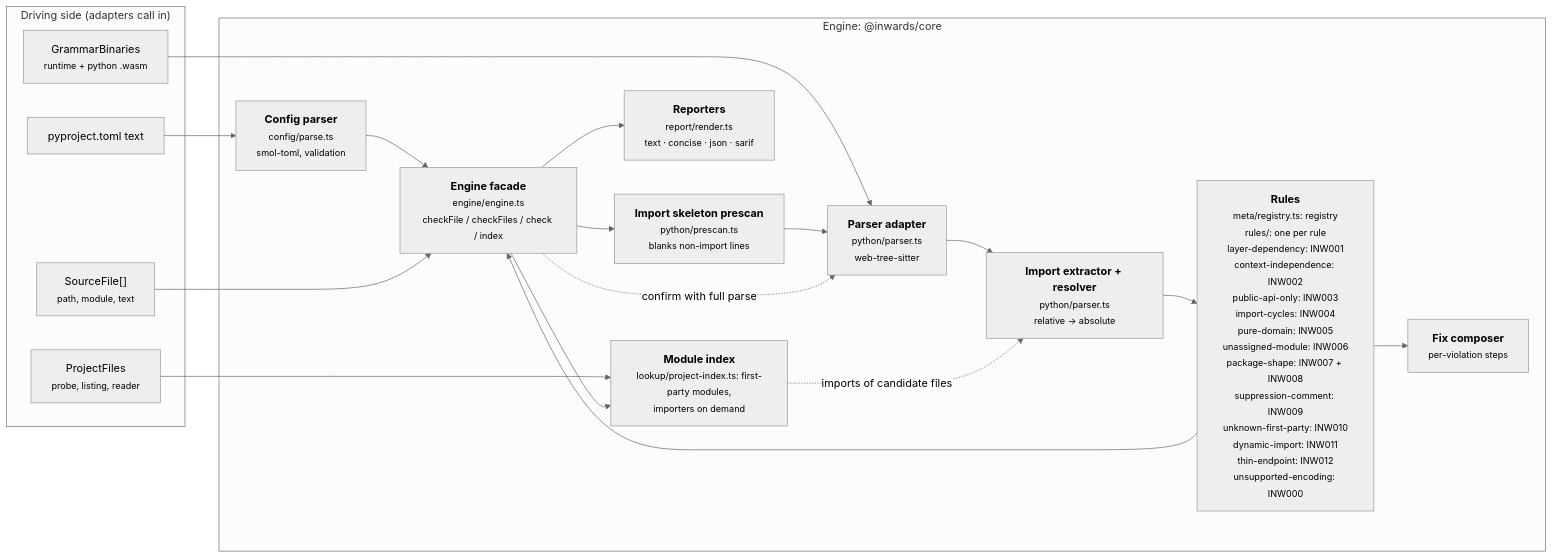
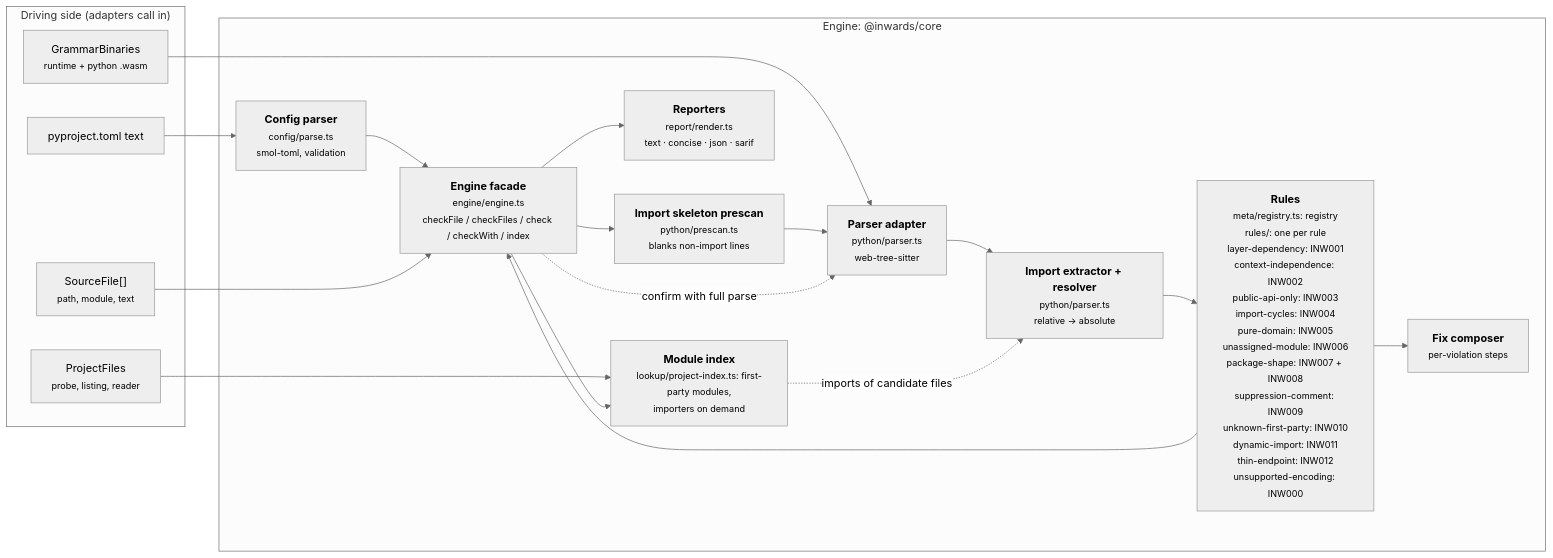
The third of 6 diagrams in docs/chapters/03-Architecture-C4.md (SirCypkowskyy/inwards), drawn with Mermaid (neutral theme) before and after one commit. The commit also changed other lines of this file and 35 other files, not shown here.

````diff
--- a/docs/chapters/03-Architecture-C4.md
+++ b/docs/chapters/03-Architecture-C4.md
@@ -99,33 +99,33 @@
 ```mermaid
 flowchart LR
     subgraph driving["Driving side (adapters call in)"]
         files["SourceFile[]<br/><small>path, module, text</small>"]
         pfiles["ProjectFiles<br/><small>probe, listing, reader</small>"]
         cfgtext["pyproject.toml text"]
         wasm["GrammarBinaries<br/><small>runtime + python .wasm</small>"]
     end
 
     subgraph enginebox["Engine: @inwards/core"]
         config["<b>Config parser</b><br/><small>config/parse.ts<br/>smol-toml, validation</small>"]
         pre["<b>Import skeleton prescan</b><br/><small>python/prescan.ts<br/>blanks non-import lines</small>"]
         parser["<b>Parser adapter</b><br/><small>python/parser.ts<br/>web-tree-sitter</small>"]
         extract["<b>Import extractor + resolver</b><br/><small>python/parser.ts<br/>relative → absolute</small>"]
         rules["<b>Rules</b><br/><small>meta/registry.ts: registry<br/>rules/: one per rule<br/>layer-dependency: INW001<br/>context-independence: INW002<br/>public-api-only: INW003<br/>import-cycles: INW004<br/>pure-domain: INW005<br/>unassigned-module: INW006<br/>package-shape: INW007 + INW008<br/>suppression-comment: INW009<br/>unknown-first-party: INW010<br/>dynamic-import: INW011<br/>thin-endpoint: INW012<br/>unsupported-encoding: INW000</small>"]
         fix["<b>Fix composer</b><br/><small>per-violation steps</small>"]
         report["<b>Reporters</b><br/><small>report/render.ts<br/>text · concise · json · sarif</small>"]
-        engine["<b>Engine facade</b><br/><small>engine/engine.ts<br/>checkFile / checkFiles / check / index</small>"]
+        engine["<b>Engine facade</b><br/><small>engine/engine.ts<br/>checkFile / checkFiles / check / checkWith / index</small>"]
         modgraph["<b>Module index</b><br/><small>lookup/project-index.ts: first-party modules,<br/>importers on demand</small>"]
     end
 
     cfgtext --> config --> engine
     wasm --> parser
     files --> engine
     engine --> pre --> parser --> extract --> rules
     rules --> fix
     rules --> engine
     engine -. "confirm with full parse" .-> parser
     pfiles --> modgraph
     engine --> modgraph
     modgraph -. "imports of candidate files" .-> extract
     engine --> report
 ```
````
